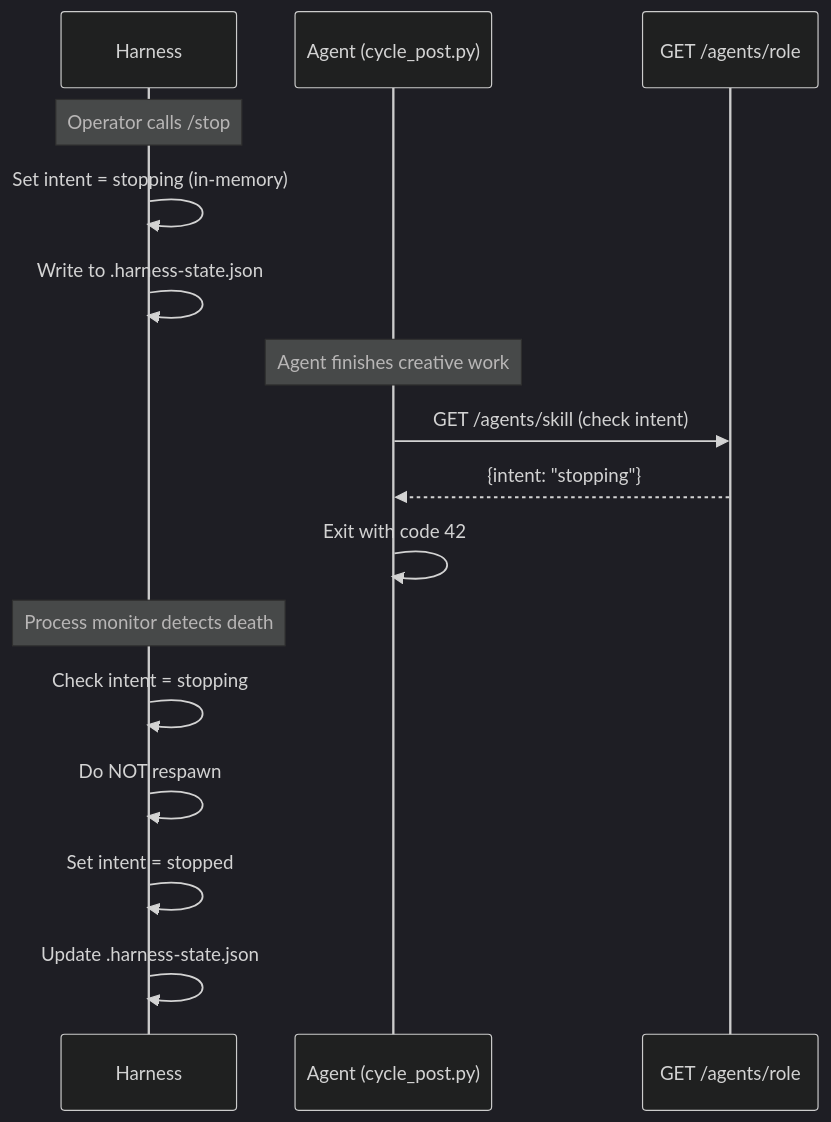
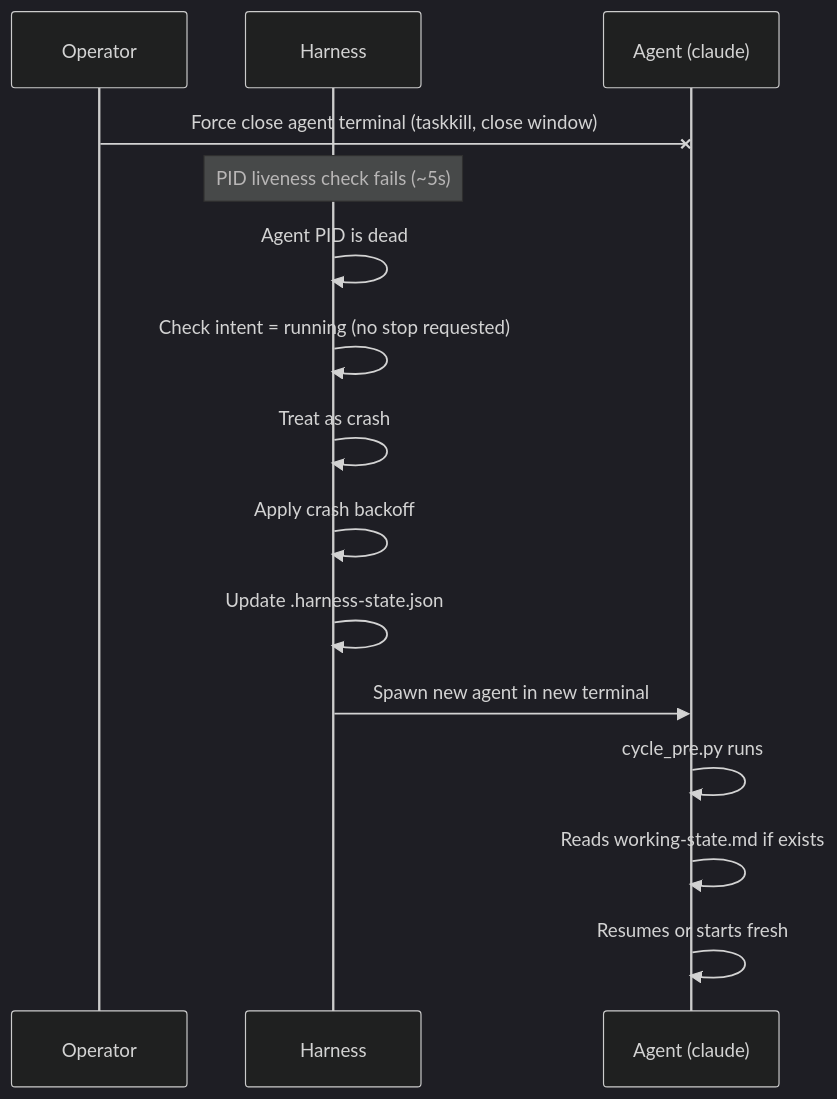
The seventh of 8 diagrams in .squidsquad/pm/planning/HARNESS-LIFECYCLE-PRD.md (WallyDoodlez/SquidSquad), drawn with Mermaid (dark theme) before and after one commit. The commit also changed other lines of this file and 35 other files, not shown here.

````diff
--- a/.squidsquad/pm/planning/HARNESS-LIFECYCLE-PRD.md
+++ b/.squidsquad/pm/planning/HARNESS-LIFECYCLE-PRD.md
@@ -129,21 +228,19 @@
 ```mermaid
 sequenceDiagram
+    participant O as Operator
     participant H as Harness
-    participant A as Agent (cycle_post.py)
-    participant API as GET /agents/role
+    participant A as Agent (claude)
 
-    Note over H: Operator calls /stop
-    H->>H: Set intent = stopping (in-memory)
-    H->>H: Write to .harness-state.json
+    O-xA: Force close agent terminal (taskkill, close window)
 
-    Note over A: Agent finishes creative work
-    A->>API: GET /agents/skill (check intent)
-    API-->>A: {intent: "stopping"}
-    A->>A: Exit with code 42
-
-    Note over H: Process monitor detects death
-    H->>H: Check intent = stopping
-    H->>H: Do NOT respawn
-    H->>H: Set intent = stopped
+    Note over H: PID liveness check fails (~5s)
+    H->>H: Agent PID is dead
+    H->>H: Check intent = running (no stop requested)
+    H->>H: Treat as crash
+    H->>H: Apply crash backoff
     H->>H: Update .harness-state.json
+    H->>A: Spawn new agent in new terminal
+    A->>A: cycle_pre.py runs
+    A->>A: Reads working-state.md if exists
+    A->>A: Resumes or starts fresh
 ```
````
